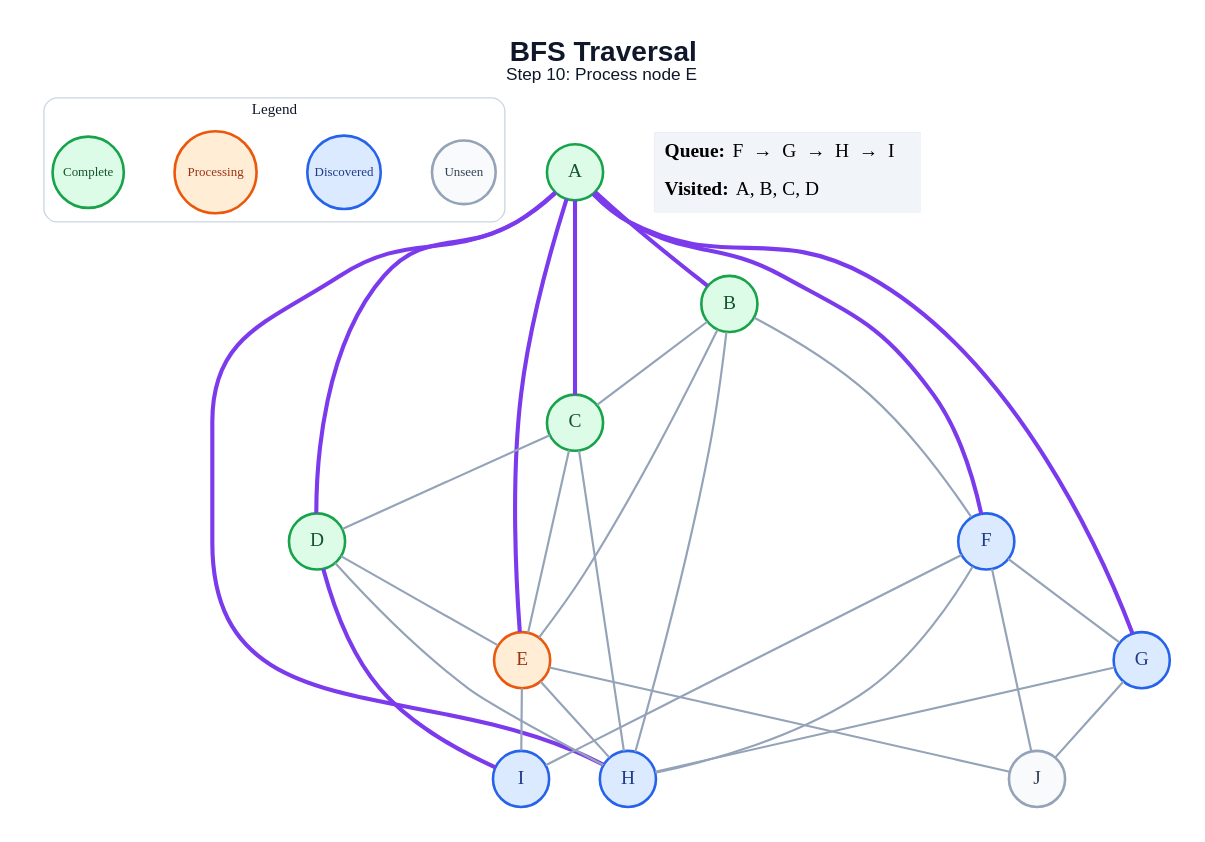
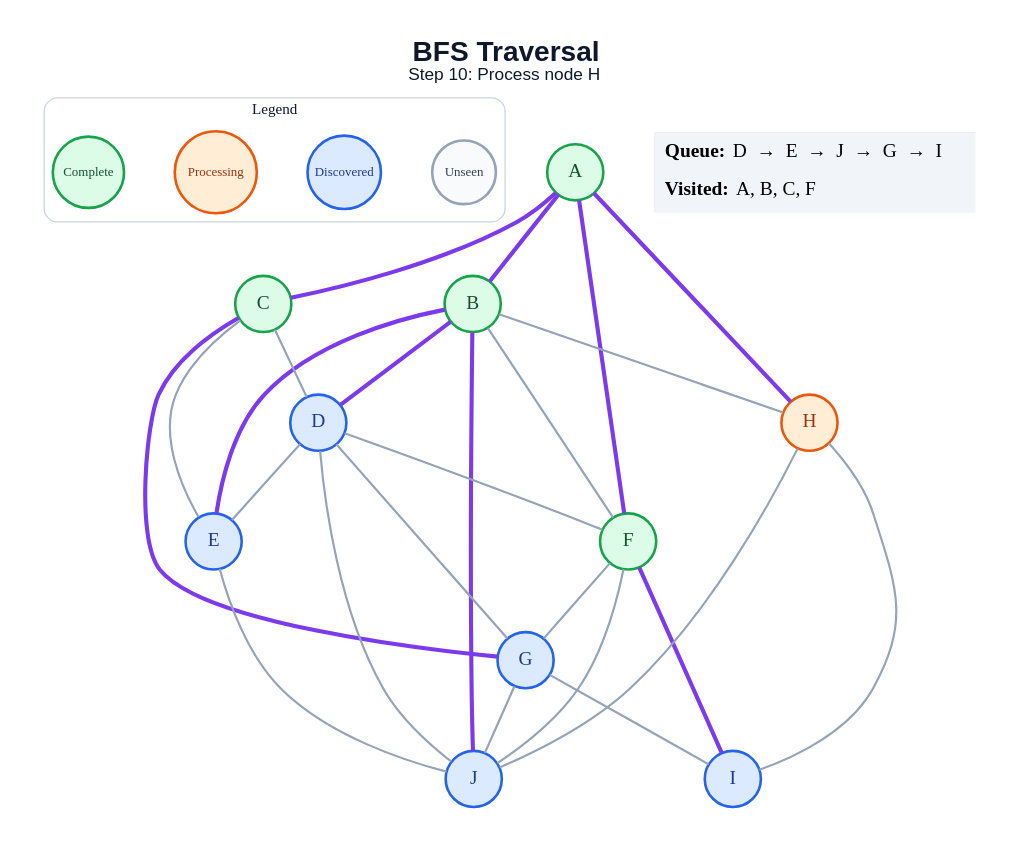
Before and after one commit to anon7238593-create/ai-slop: the diagram in generated/bfs/step_10.dot, drawn with Graphviz. The commit also changed 171 other files, not shown here.

```diff
--- a/generated/bfs/step_10.dot
+++ b/generated/bfs/step_10.dot
@@ -1,55 +1,53 @@
 graph traversal {
   graph [layout=dot, rankdir=TB, bgcolor="#FFFFFF", pad="0.35", nodesep="0.65", ranksep="0.8", fontname="Arial"];
   node [shape=circle, style="filled", fontname="Arial Bold", fontsize=18, width=0.72, fixedsize=true, penwidth=2.4];
   edge [color="#94A3B8", penwidth=2.0];
-  label=<<B>BFS Traversal</B><BR/><FONT POINT-SIZE="16">Step 10: Process node E</FONT>>; labelloc="t"; fontsize=26; fontname="Arial"; fontcolor="#0F172A";
+  label=<<B>BFS Traversal</B><BR/><FONT POINT-SIZE="16">Step 10: Process node H</FONT>>; labelloc="t"; fontsize=26; fontname="Arial"; fontcolor="#0F172A";
   subgraph cluster_legend { label="Legend"; color="#CBD5E1"; penwidth=1.2; style="rounded"; fontsize=14; fontname="Arial Bold";
     key_unseen [label="Unseen", fillcolor="#F8FAFC", color="#94A3B8", fontcolor="#334155", fontsize=12, width=0.82];
     key_frontier [label="Discovered", fillcolor="#DBEAFE", color="#2563EB", fontcolor="#1E3A8A", fontsize=12, width=0.95];
     key_current [label="Processing", fillcolor="#FFEDD5", color="#EA580C", fontcolor="#9A3412", fontsize=12, width=1.05];
     key_done [label="Complete", fillcolor="#DCFCE7", color="#16A34A", fontcolor="#14532D", fontsize=12, width=0.92];
     { rank=same; key_unseen; key_frontier; key_current; key_done; }
   }
   A [fillcolor="#DCFCE7", color="#16A34A", fontcolor="#14532D"];
   B [fillcolor="#DCFCE7", color="#16A34A", fontcolor="#14532D"];
   C [fillcolor="#DCFCE7", color="#16A34A", fontcolor="#14532D"];
-  D [fillcolor="#DCFCE7", color="#16A34A", fontcolor="#14532D"];
-  E [fillcolor="#FFEDD5", color="#EA580C", fontcolor="#9A3412"];
-  F [fillcolor="#DBEAFE", color="#2563EB", fontcolor="#1E3A8A"];
+  D [fillcolor="#DBEAFE", color="#2563EB", fontcolor="#1E3A8A"];
+  E [fillcolor="#DBEAFE", color="#2563EB", fontcolor="#1E3A8A"];
+  F [fillcolor="#DCFCE7", color="#16A34A", fontcolor="#14532D"];
   G [fillcolor="#DBEAFE", color="#2563EB", fontcolor="#1E3A8A"];
-  H [fillcolor="#DBEAFE", color="#2563EB", fontcolor="#1E3A8A"];
+  H [fillcolor="#FFEDD5", color="#EA580C", fontcolor="#9A3412"];
   I [fillcolor="#DBEAFE", color="#2563EB", fontcolor="#1E3A8A"];
-  J [fillcolor="#F8FAFC", color="#94A3B8", fontcolor="#334155"];
+  J [fillcolor="#DBEAFE", color="#2563EB", fontcolor="#1E3A8A"];
   A -- B [color="#7C3AED", penwidth=3.8];
   A -- C [color="#7C3AED", penwidth=3.8];
-  A -- D [color="#7C3AED", penwidth=3.8];
-  A -- E [color="#7C3AED", penwidth=3.8];
   A -- F [color="#7C3AED", penwidth=3.8];
-  A -- G [color="#7C3AED", penwidth=3.8];
   A -- H [color="#7C3AED", penwidth=3.8];
-  B -- C;
-  B -- E;
+  B -- D [color="#7C3AED", penwidth=3.8];
+  B -- E [color="#7C3AED", penwidth=3.8];
   B -- F;
   B -- H;
+  B -- J [color="#7C3AED", penwidth=3.8];
   C -- D;
   C -- E;
-  C -- H;
+  C -- G [color="#7C3AED", penwidth=3.8];
   D -- E;
-  D -- H;
-  D -- I [color="#7C3AED", penwidth=3.8];
-  E -- H;
-  E -- I;
+  D -- F;
+  D -- G;
+  D -- J;
   E -- J;
   F -- G;
-  F -- H;
-  F -- I;
+  F -- I [color="#7C3AED", penwidth=3.8];
   F -- J;
-  G -- H;
+  G -- I;
   G -- J;
+  H -- I;
+  H -- J;
   status [shape=plain, fixedsize=false, width=0, height=0, margin=0, label=<
     <TABLE BORDER="0" CELLBORDER="0" CELLPADDING="7" BGCOLOR="#F1F5F9">
-      <TR><TD ALIGN="LEFT"><B>Queue:</B> F  →  G  →  H  →  I</TD></TR>
-      <TR><TD ALIGN="LEFT"><B>Visited:</B> A, B, C, D</TD></TR>
+      <TR><TD ALIGN="LEFT"><B>Queue:</B> D  →  E  →  J  →  G  →  I</TD></TR>
+      <TR><TD ALIGN="LEFT"><B>Visited:</B> A, B, C, F</TD></TR>
     </TABLE>
   >];
 }
```
